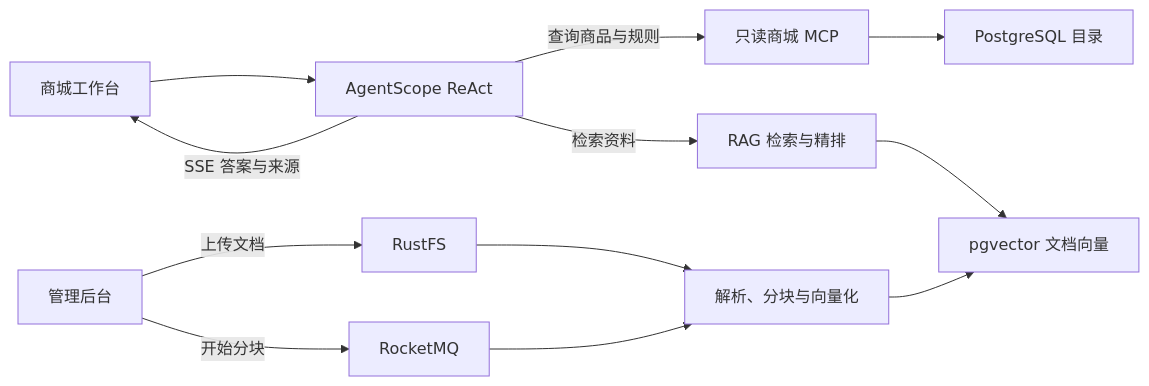
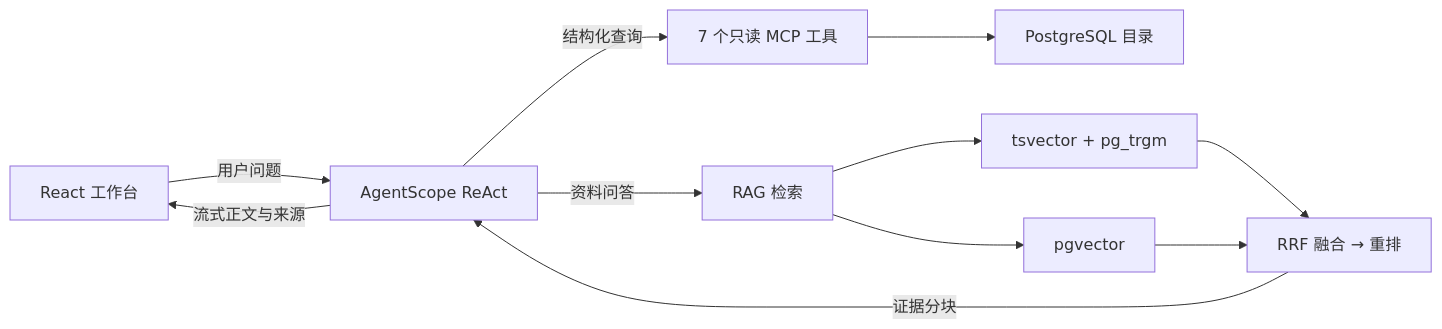
Before and after one commit to QYL66/digital-store-agent: the diagram in README.md, drawn with Mermaid. The commit also changed other lines of this file, not shown here.

Commit message:
docs: showcase storefront agent architecture and evaluation

````diff
--- a/README.md
+++ b/README.md
@@ -40,14 +57,13 @@
 ```mermaid
 flowchart LR
-    User["商城工作台"] --> Agent["AgentScope ReAct"]
-    Agent -->|查询商品与规则| MCP["只读商城 MCP"]
-    MCP --> Catalog["PostgreSQL 目录"]
-    Agent -->|检索资料| RAG["RAG 检索与精排"]
-    RAG --> Vector["pgvector 文档向量"]
-    Agent -->|SSE 答案与来源| User
-    Admin["管理后台"] -->|上传文档| FS["RustFS"]
-    Admin -->|开始分块| Queue["RocketMQ"]
-    FS --> Worker["解析、分块与向量化"]
-    Queue --> Worker
-    Worker --> Vector
+    UI["React 工作台"] -->|用户问题| Agent["AgentScope ReAct"]
+    Agent -->|流式正文与来源| UI
+    Agent -->|结构化查询| Tools["7 个只读 MCP 工具"]
+    Tools --> Catalog["PostgreSQL 目录"]
+    Agent -->|资料问答| Search["RAG 检索"]
+    Search --> Keyword["tsvector + pg_trgm"]
+    Search --> Vector["pgvector"]
+    Keyword --> Fuse["RRF 融合 → 重排"]
+    Vector --> Fuse
+    Fuse -->|证据分块| Agent
 ```
````
